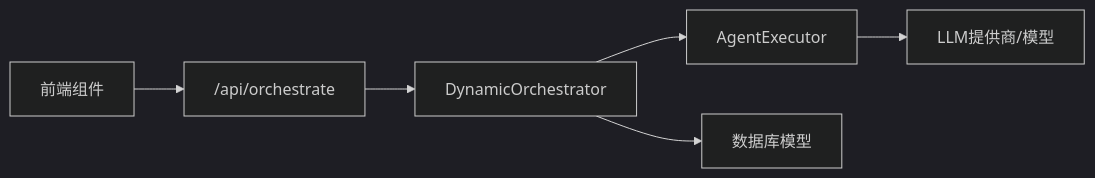
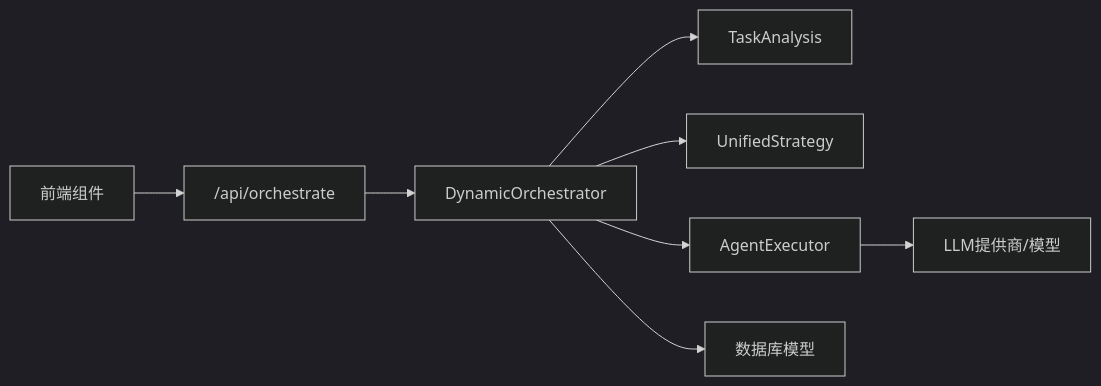
The eighth of 8 diagrams in .qoder/repowiki/zh/content/后端服务架构/业务服务层/智能体执行服务/动态编排器.md (KunLabAI/KunFlix), drawn with Mermaid (dark theme) before and after one commit. The commit also changed other lines of this file and 9 other files, not shown here.

````diff
--- a/.qoder/repowiki/zh/content/后端服务架构/业务服务层/智能体执行服务/动态编排器.md
+++ b/.qoder/repowiki/zh/content/后端服务架构/业务服务层/智能体执行服务/动态编排器.md
@@ -352,8 +409,10 @@
 ```mermaid
 graph LR
 R["/api/orchestrate"] --> O["DynamicOrchestrator"]
+O --> A["TaskAnalysis"]
+O --> U["UnifiedStrategy"]
 O --> E["AgentExecutor"]
 O --> DB["数据库模型"]
 E --> LLM["LLM提供商/模型"]
 FE["前端组件"] --> R
 ```
````
